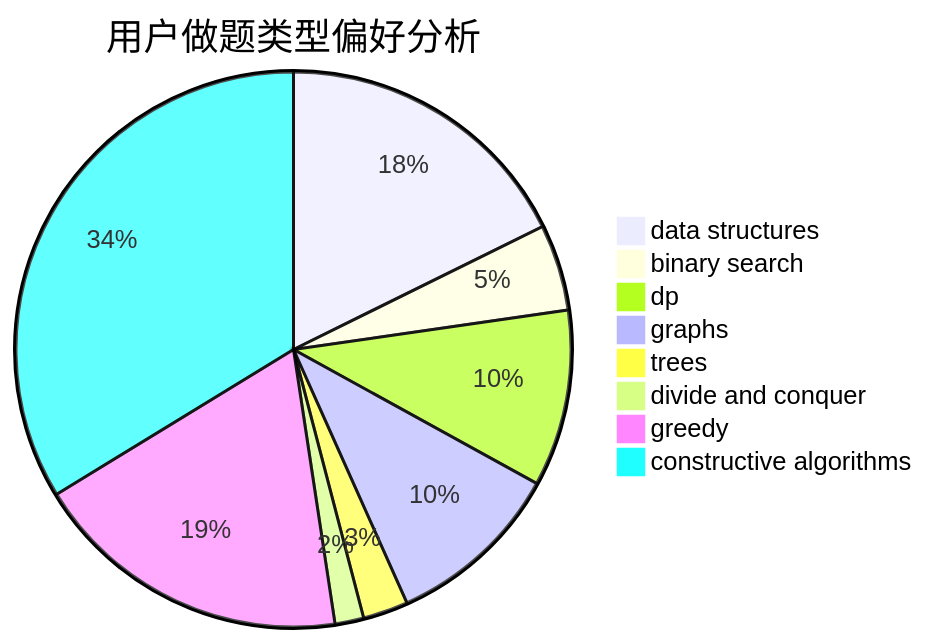
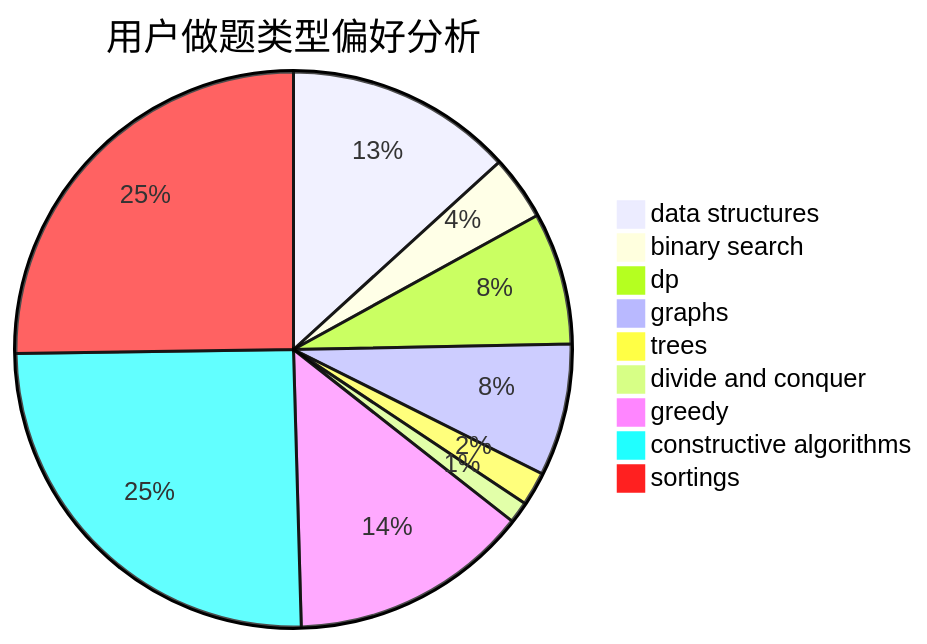
Before and after one commit to sherpahu/cfrs.github.io: the second of 3 diagrams in docs/user/u1844.md, drawn with Mermaid. The commit also changed other lines of this file and 2769 other files, not shown here.

````diff
--- a/docs/user/u1844.md
+++ b/docs/user/u1844.md
@@ -23,11 +18,12 @@
 ```mermaid
 pie title 用户做题类型偏好分析
     "data structures" :  74
     "binary search" :  21
     "dp" :  43
     "graphs" :  43
     "trees" :  11
     "divide and conquer" :  7
     "greedy" :  78
     "constructive algorithms" :  141
+    "sortings" :  141
 ```
````
